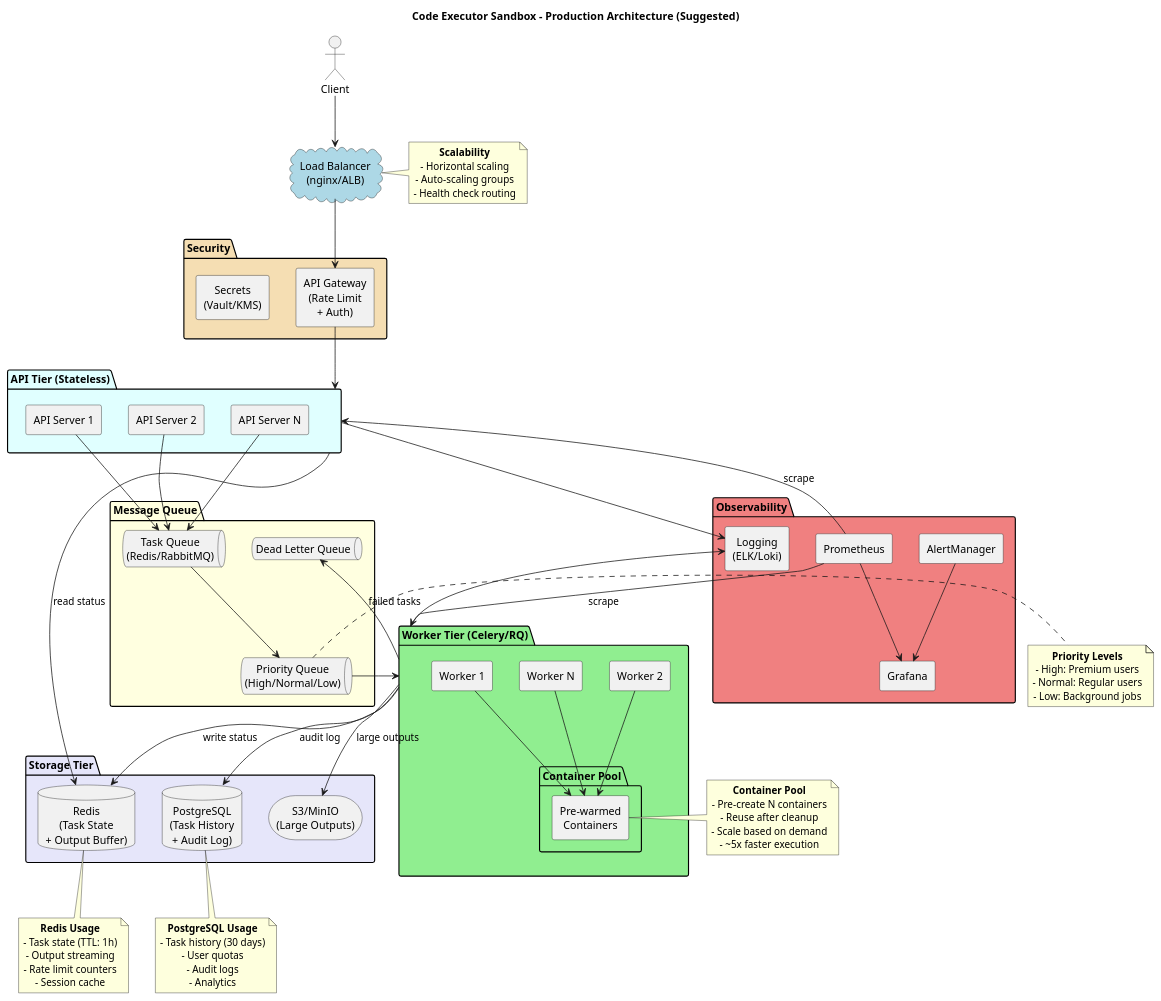
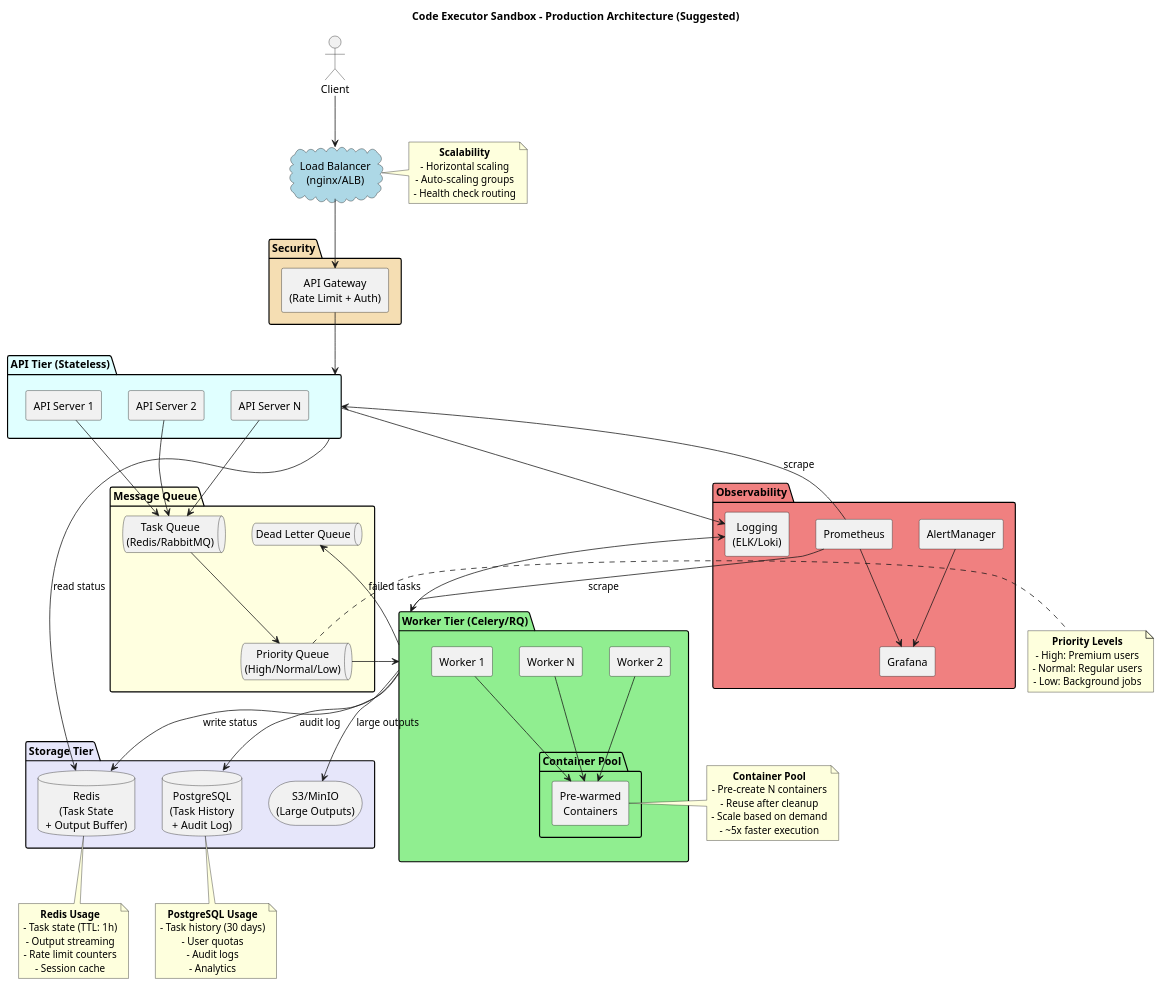
The diagram in docs/production_architecture.puml (huangyingw/rayai-code-sandbox), drawn with PlantUML before and after one commit. The commit also changed 2 other files, not shown here.

Commit message:
docs: optimize PlantUML diagram layouts
- improvements.puml: change to vertical layout with clear sections
- production_architecture.puml: remove Secrets component for clarity
- risk_analysis.puml: reorganize by risk level with Chinese labels

```diff
--- a/docs/production_architecture.puml
+++ b/docs/production_architecture.puml
@@ -1,126 +1,125 @@
 @startuml production_architecture
 title Code Executor Sandbox - Production Architecture (Suggested)
 
 skinparam componentStyle rectangle
 skinparam defaultTextAlignment center
 
 ' ==================== EXTERNAL ====================
 actor "Client" as client
 cloud "Load Balancer\n(nginx/ALB)" as lb #LightBlue
 
 ' ==================== API TIER ====================
 package "API Tier (Stateless)" as api_tier #LightCyan {
     component "API Server 1" as api1
     component "API Server 2" as api2
     component "API Server N" as api3
 }
 
 ' ==================== QUEUE TIER ====================
 package "Message Queue" as queue_tier #LightYellow {
     queue "Task Queue\n(Redis/RabbitMQ)" as task_queue
     queue "Priority Queue\n(High/Normal/Low)" as priority_queue
     queue "Dead Letter Queue" as dlq
 }
 
 ' ==================== WORKER TIER ====================
 package "Worker Tier (Celery/RQ)" as worker_tier #LightGreen {
     component "Worker 1" as worker1
     component "Worker 2" as worker2
     component "Worker N" as worker3
 
     package "Container Pool" as pool {
         component "Pre-warmed\nContainers" as containers
     }
 }
 
 ' ==================== STORAGE TIER ====================
 package "Storage Tier" as storage_tier #Lavender {
     database "Redis\n(Task State\n+ Output Buffer)" as redis
     database "PostgreSQL\n(Task History\n+ Audit Log)" as postgres
     storage "S3/MinIO\n(Large Outputs)" as s3
 }
 
 ' ==================== MONITORING ====================
 package "Observability" as monitoring #LightCoral {
     component "Prometheus" as prometheus
     component "Grafana" as grafana
     component "AlertManager" as alertmanager
     component "Logging\n(ELK/Loki)" as logging
 }
 
 ' ==================== SECURITY ====================
 package "Security" as security_tier #Wheat {
-    component "API Gateway\n(Rate Limit\n+ Auth)" as gateway
-    component "Secrets\n(Vault/KMS)" as secrets
+    component "API Gateway\n(Rate Limit + Auth)" as gateway
 }
 
 ' ==================== RELATIONSHIPS ====================
 client --> lb
 lb --> gateway
 gateway --> api_tier
 
 api1 --> task_queue
 api2 --> task_queue
 api3 --> task_queue
 
 task_queue --> priority_queue
 priority_queue --> worker_tier
 dlq <-- worker_tier : failed tasks
 
 worker1 --> containers
 worker2 --> containers
 worker3 --> containers
 
 api_tier --> redis : read status
 worker_tier --> redis : write status
 worker_tier --> postgres : audit log
 worker_tier --> s3 : large outputs
 
 prometheus --> api_tier : scrape
 prometheus --> worker_tier : scrape
 prometheus --> grafana
 alertmanager --> grafana
 
 api_tier --> logging
 worker_tier --> logging
 
 ' ==================== NOTES ====================
 note right of lb
   **Scalability**
   - Horizontal scaling
   - Auto-scaling groups
   - Health check routing
 end note
 
 note right of priority_queue
   **Priority Levels**
   - High: Premium users
   - Normal: Regular users
   - Low: Background jobs
 end note
 
 note right of containers
   **Container Pool**
   - Pre-create N containers
   - Reuse after cleanup
   - Scale based on demand
   - ~5x faster execution
 end note
 
 note bottom of redis
   **Redis Usage**
   - Task state (TTL: 1h)
   - Output streaming
   - Rate limit counters
   - Session cache
 end note
 
 note bottom of postgres
   **PostgreSQL Usage**
   - Task history (30 days)
   - User quotas
   - Audit logs
   - Analytics
 end note
 
 @enduml
```
